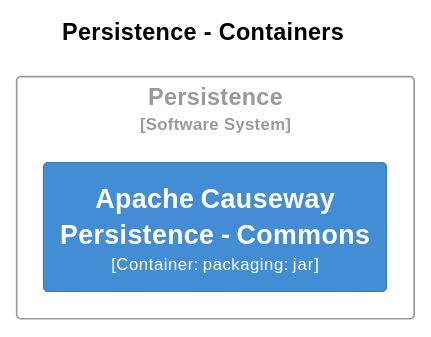
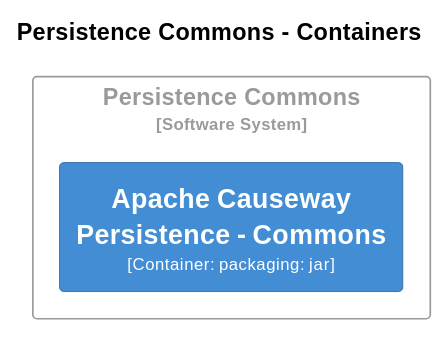
One commit to apache/causeway changed the seventh of 34 diagrams in core/adoc/modules/_overview/pages/about.adoc. Above: the diagram before and after it, drawn with PlantUML. The commit also changed other lines of this file and 104 other files, not shown here.

```diff
--- a/core/adoc/modules/_overview/pages/about.adoc
+++ b/core/adoc/modules/_overview/pages/about.adoc
@@ -1484,35 +1489,35 @@
-[plantuml,Persistence,svg]
+[plantuml,Persistence Commons,svg]
 ----
 @startuml
 set separator none
-title Persistence - Containers
+title Persistence Commons - Containers
 
 left to right direction
 
 skinparam {
   arrowFontSize 10
   defaultTextAlignment center
   wrapWidth 200
   maxMessageSize 100
 }
 
 hide stereotype
 
-skinparam rectangle<<Persistence.ApacheCausewayPersistenceCommons>> {
+skinparam rectangle<<PersistenceCommons.ApacheCausewayPersistenceCommons>> {
   BackgroundColor #438dd5
   FontColor #fffffe
   BorderColor #2e6295
   shadowing false
 }
-skinparam rectangle<<Persistence>> {
+skinparam rectangle<<PersistenceCommons>> {
   BorderColor #9a9a9a
   FontColor #9a9a9a
   shadowing false
 }
 
-rectangle "Persistence\n<size:10>[Software System]</size>" <<Persistence>> {
-  rectangle "==Apache Causeway Persistence - Commons\n<size:10>[Container: packaging: jar]</size>" <<Persistence.ApacheCausewayPersistenceCommons>> as Persistence.ApacheCausewayPersistenceCommons
+rectangle "Persistence Commons\n<size:10>[Software System]</size>" <<PersistenceCommons>> {
+  rectangle "==Apache Causeway Persistence - Commons\n<size:10>[Container: packaging: jar]</size>" <<PersistenceCommons.ApacheCausewayPersistenceCommons>> as PersistenceCommons.ApacheCausewayPersistenceCommons
 }
 
 @enduml
 ----
```
